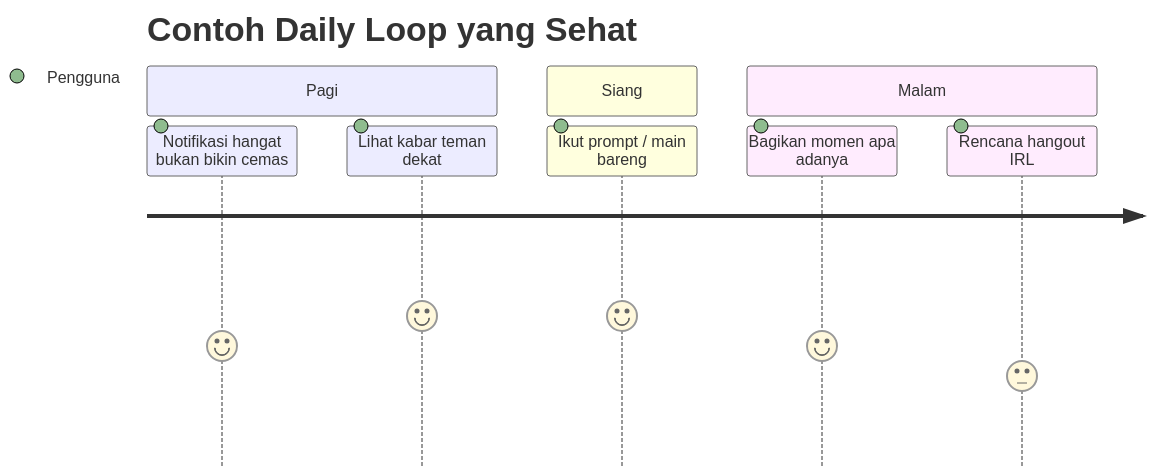
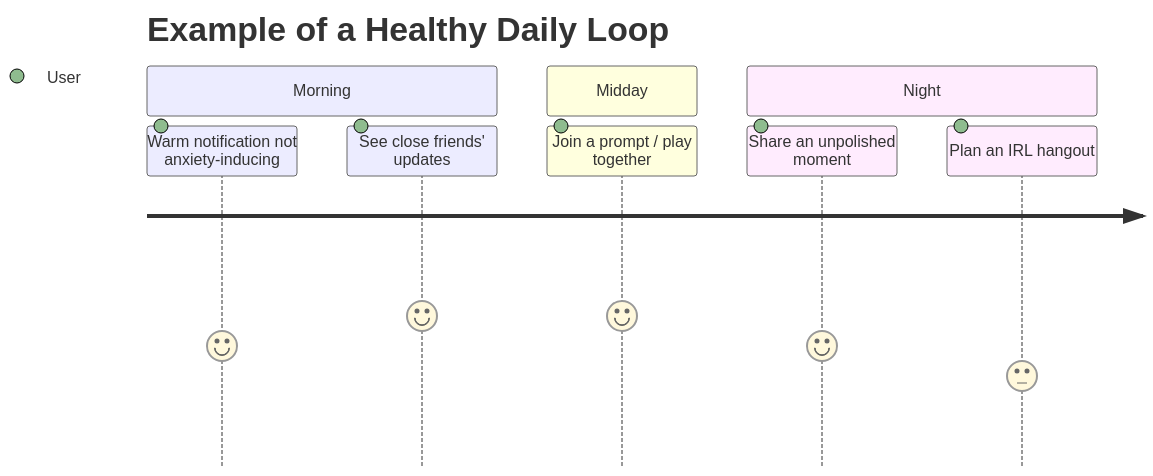
Before and after one commit to itsmhp/SocialMedia: the second of 3 diagrams in research/05-rekomendasi.md, drawn with Mermaid. The commit also changed other lines of this file and 23 other files, not shown here.

````diff
--- a/research/05-rekomendasi.md
+++ b/research/05-rekomendasi.md
@@ -27,12 +27,12 @@
 ```mermaid
 journey
-    title Contoh Daily Loop yang Sehat
-    section Pagi
-      Notifikasi hangat bukan bikin cemas: 4: Pengguna
-      Lihat kabar teman dekat: 5: Pengguna
-    section Siang
-      Ikut prompt / main bareng: 5: Pengguna
-    section Malam
-      Bagikan momen apa adanya: 4: Pengguna
-      Rencana hangout IRL: 3: Pengguna
+    title Example of a Healthy Daily Loop
+    section Morning
+      Warm notification not anxiety-inducing: 4: User
+      See close friends' updates: 5: User
+    section Midday
+      Join a prompt / play together: 5: User
+    section Night
+      Share an unpolished moment: 4: User
+      Plan an IRL hangout: 3: User
 ```
````
